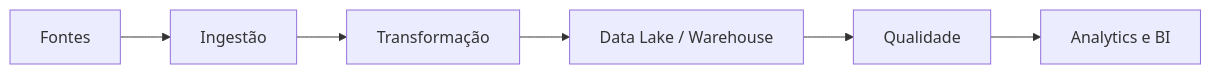
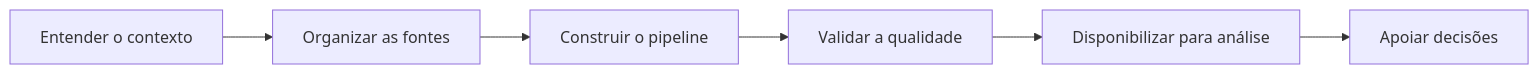
The diagram in README.md (SarahZanardi/SarahZanardi), drawn with Mermaid before and after one commit. The commit also changed other lines of this file, not shown here.

````diff
--- a/README.md
+++ b/README.md
@@ -27,8 +49,8 @@
 ```mermaid
 flowchart LR
-    A[Fontes] --> B[Ingestão]
-    B --> C[Transformação]
-    C --> D[Data Lake / Warehouse]
-    D --> E[Qualidade]
-    E --> F[Analytics e BI]
+    A[Entender o contexto] --> B[Organizar as fontes]
+    B --> C[Construir o pipeline]
+    C --> D[Validar a qualidade]
+    D --> E[Disponibilizar para análise]
+    E --> F[Apoiar decisões]
 ```
````
